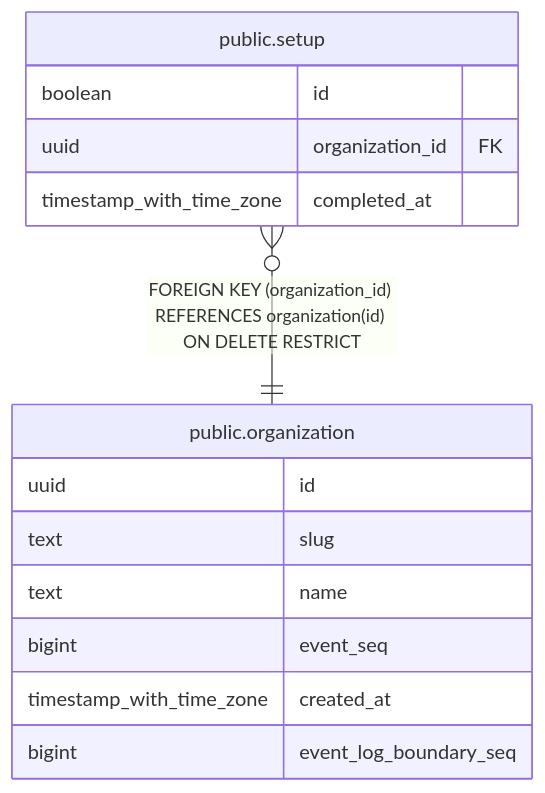
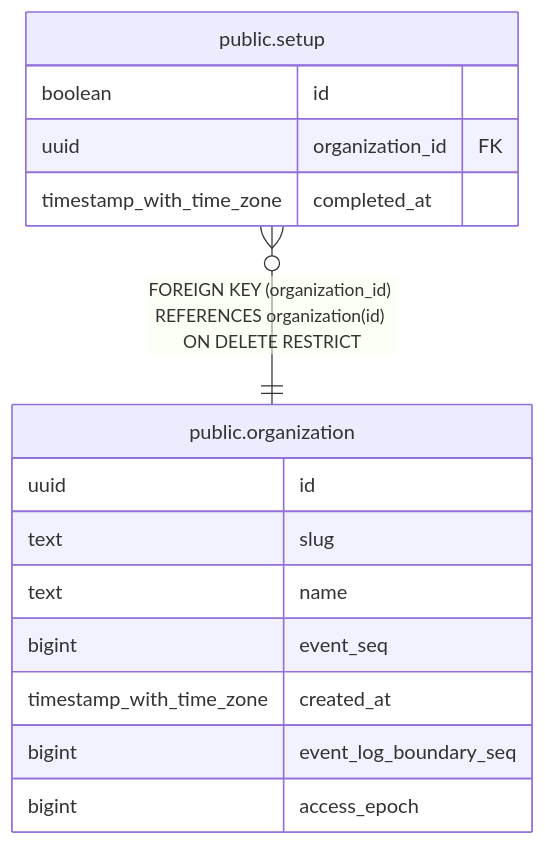
Before and after one commit to tkakkie/ribbitto: the diagram in docs/schema/public.setup.md, drawn with Mermaid. The commit also changed 17 other files, not shown here.

First line of the commit message:
feat(org): bump an installation-monotonic access epoch in the same transaction as every access-changing write

````diff
--- a/docs/schema/public.setup.md
+++ b/docs/schema/public.setup.md
@@ -30,19 +30,20 @@
 ```mermaid
 erDiagram
 
 "public.setup" }o--|| "public.organization" : "FOREIGN KEY (organization_id) REFERENCES organization(id) ON DELETE RESTRICT"
 
 "public.setup" {
   boolean id
   uuid organization_id FK
   timestamp_with_time_zone completed_at
 }
 "public.organization" {
   uuid id
   text slug
   text name
   bigint event_seq
   timestamp_with_time_zone created_at
   bigint event_log_boundary_seq
+  bigint access_epoch
 }
 ```
````
